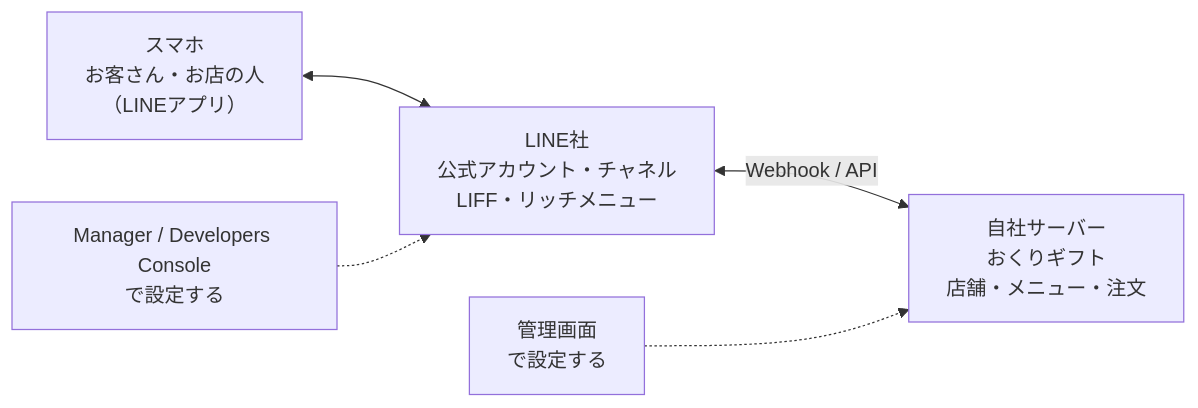
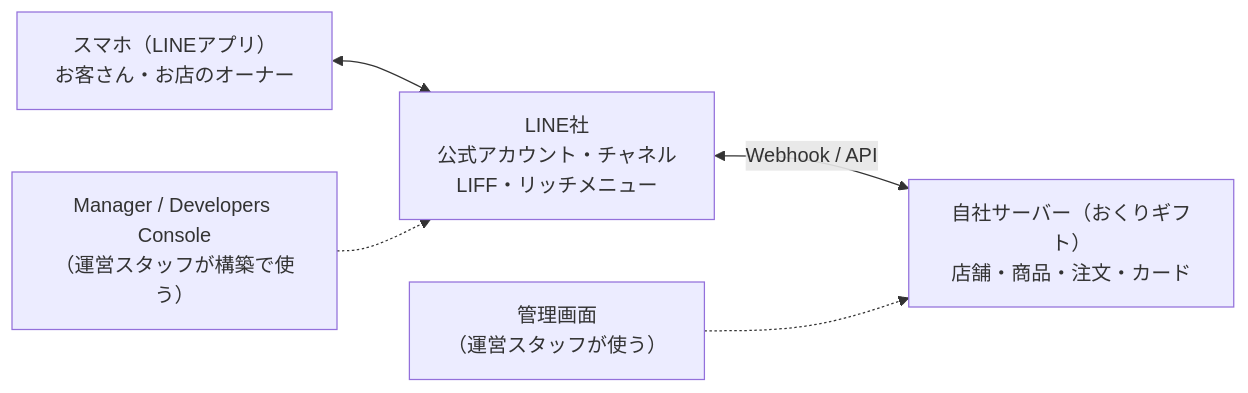
Before and after one commit to DevSOONESSorg/line-gift-lab: the diagram in README.md, drawn with Mermaid. The commit also changed other lines of this file and 35 other files, not shown here.

````diff
--- a/README.md
+++ b/README.md
@@ -35,10 +54,10 @@
 ```mermaid
 flowchart LR
-    phone["スマホ<br>お客さん・お店の人<br>（LINEアプリ）"]
+    phone["スマホ（LINEアプリ）<br>お客さん・お店のオーナー"]
     line["LINE社<br>公式アカウント・チャネル<br>LIFF・リッチメニュー"]
-    app["自社サーバー<br>おくりギフト<br>店舗・メニュー・注文"]
+    app["自社サーバー（おくりギフト）<br>店舗・商品・注文・カード"]
     phone <--> line
     line <-- "Webhook / API" --> app
-    mgr["Manager / Developers Console<br>で設定する"] -.-> line
-    adm["管理画面<br>で設定する"] -.-> app
+    mgr["Manager / Developers Console<br>（運営スタッフが構築で使う）"] -.-> line
+    adm["管理画面<br>（運営スタッフが使う）"] -.-> app
 ```
````
